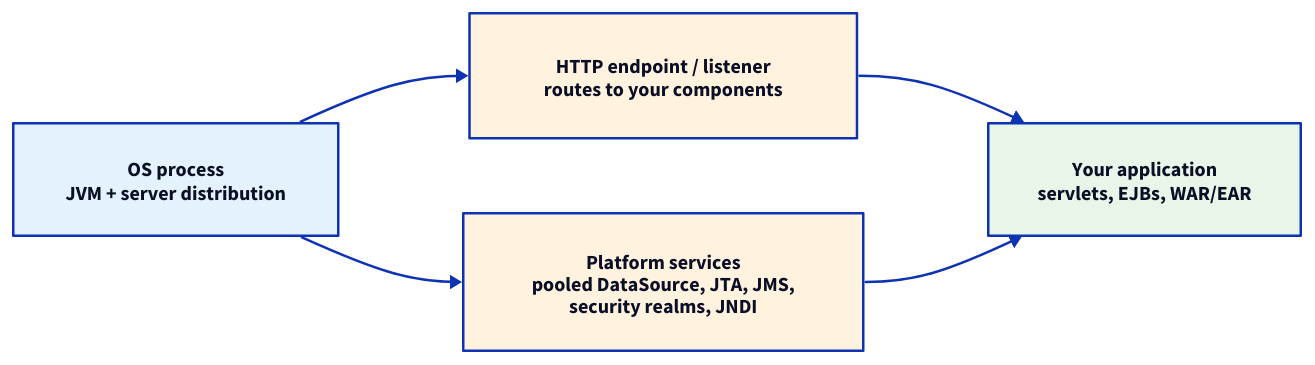
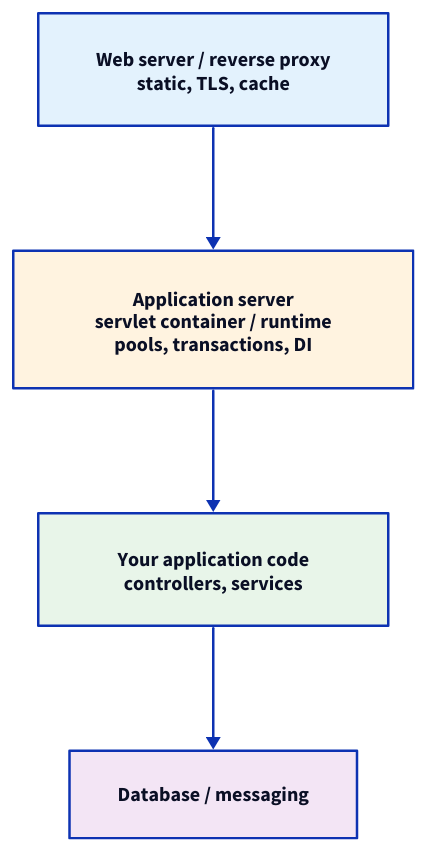
One commit to LogicAdept/SRS-Obsidian changed the diagram in SRS/What is an application server.md. Above: the diagram before and after it, drawn with D2. The commit also changed other lines of this file and 111 other files, not shown here.

````diff
--- a/SRS/What is an application server.md
+++ b/SRS/What is an application server.md
@@ -16,27 +18,8 @@
 ```d2
-direction: right
-os: "OS process\nJVM + server distribution" {
-  width: 260
-  height: 90
-  style.fill: "#e3f2fd"
-}
-svc: "Platform services\npooled DataSource, JTA, JMS,\nsecurity realms, JNDI" {
-  width: 320
-  height: 110
-  style.fill: "#fff3e0"
-}
-http: "HTTP endpoint / listener\nroutes to your components" {
-  width: 310
-  height: 100
-  style.fill: "#fff3e0"
-}
-app: "Your application\nservlets, EJBs, WAR/EAR" {
-  width: 250
-  height: 90
-  style.fill: "#e8f5e9"
-}
-os -> svc
-os -> http
-http -> app
-svc -> app
+direction: down
+ws: "Web server / reverse proxy\nstatic, TLS, cache" { width: 280; height: 90; style.fill: "#e3f2fd" }
+as: "Application server\nservlet container / runtime\npools, transactions, DI" { width: 320; height: 110; style.fill: "#fff3e0" }
+code: "Your application code\ncontrollers, services" { width: 280; height: 90; style.fill: "#e8f5e9" }
+db: "Database / messaging" { width: 230; height: 70; style.fill: "#f3e5f5" }
+ws -> as -> code -> db
 ```
````
